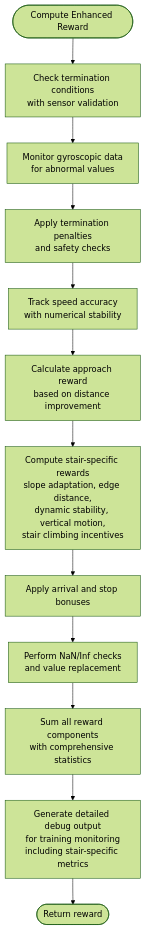
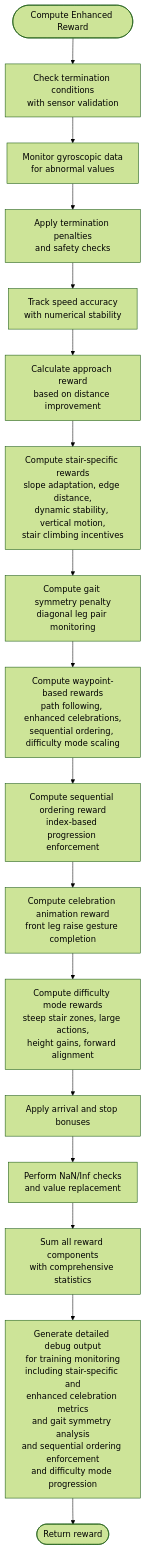
Before and after one commit to jayjayhust/MotrixLab: the tenth of 12 diagrams in .qoder/repowiki/en/content/Navigation Environments/VBot Navigation/Track Sections.md, drawn with Mermaid (forest theme). The commit also changed other lines of this file and 27 other files, not shown here.

````diff
--- a/.qoder/repowiki/en/content/Navigation Environments/VBot Navigation/Track Sections.md
+++ b/.qoder/repowiki/en/content/Navigation Environments/VBot Navigation/Track Sections.md
@@ -551,14 +755,19 @@
 ```mermaid
 flowchart TD
 Start(["Compute Enhanced Reward"]) --> CheckTermination["Check termination conditions<br/>with sensor validation"]
 CheckTermination --> CheckGyro["Monitor gyroscopic data<br/>for abnormal values"]
 CheckGyro --> Penalize["Apply termination penalties<br/>and safety checks"]
 Penalize --> TrackSpeed["Track speed accuracy<br/>with numerical stability"]
 TrackSpeed --> Approach["Calculate approach reward<br/>based on distance improvement"]
 Approach --> ComputeStairRewards["Compute stair-specific rewards<br/>slope adaptation, edge distance,<br/>dynamic stability, vertical motion,<br/>stair climbing incentives"]
-ComputeStairRewards --> Bonus["Apply arrival and stop bonuses"]
+ComputeStairRewards --> ComputeGaitSymmetry["Compute gait symmetry penalty<br/>diagonal leg pair monitoring"]
+ComputeGaitSymmetry --> ComputeWaypointRewards["Compute waypoint-based rewards<br/>path following, enhanced celebrations,<br/>sequential ordering, difficulty mode scaling"]
+ComputeWaypointRewards --> ComputeSequentialOrdering["Compute sequential ordering reward<br/>index-based progression enforcement"]
+ComputeSequentialOrdering --> ComputeCelebrationReward["Compute celebration animation reward<br/>front leg raise gesture completion"]
+ComputeCelebrationReward --> ComputeDifficultyRewards["Compute difficulty mode rewards<br/>steep stair zones, large actions,<br/>height gains, forward alignment"]
+ComputeDifficultyRewards --> Bonus["Apply arrival and stop bonuses"]
 Bonus --> SafetyChecks["Perform NaN/Inf checks<br/>and value replacement"]
 SafetyChecks --> Sum["Sum all reward components<br/>with comprehensive statistics"]
-Sum --> DebugOutput["Generate detailed debug output<br/>for training monitoring<br/>including stair-specific metrics"]
+Sum --> DebugOutput["Generate detailed debug output<br/>for training monitoring<br/>including stair-specific and<br/>enhanced celebration metrics<br/>and gait symmetry analysis<br/>and sequential ordering enforcement<br/>and difficulty mode progression"]
 DebugOutput --> End(["Return reward"])
 ```
````
